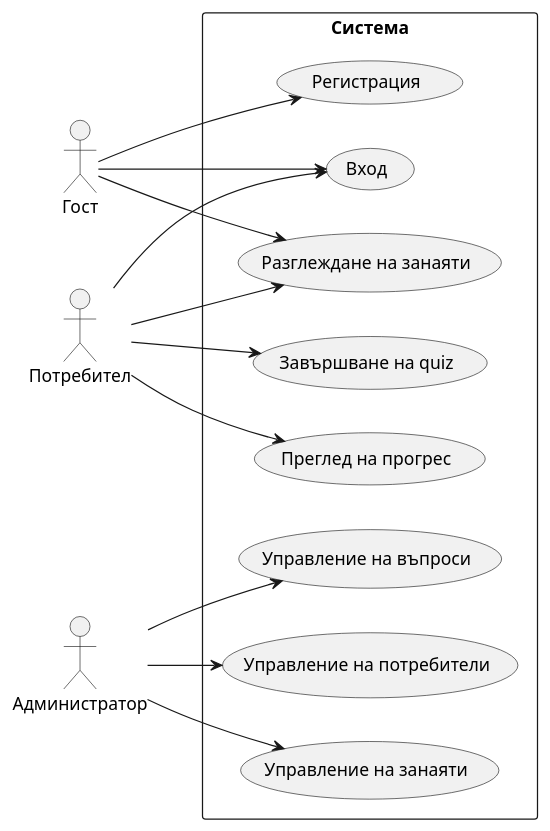
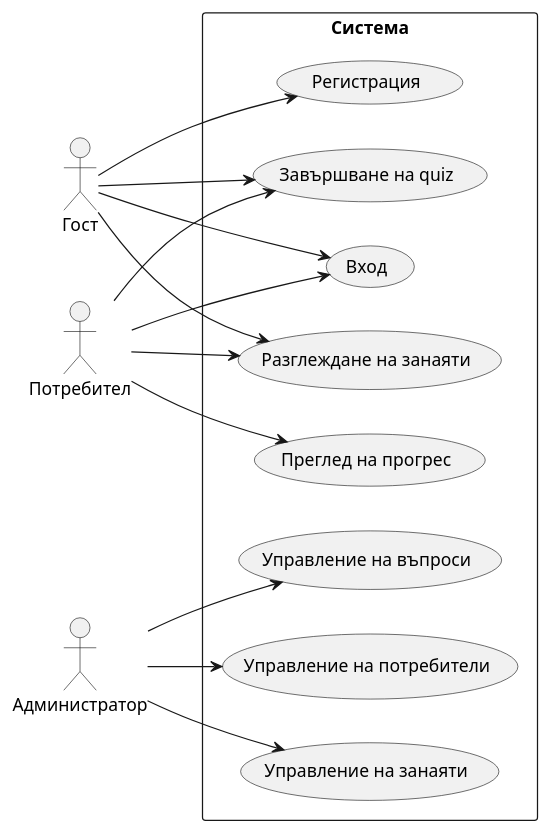
Before and after one commit to VelizaraSotirova/Zanaiti_MobileProgramming_Project_2026: the diagram in zanaiti-api/src/main/java/bg/zanaiti/zanaiti_api/diagrams/useCaseDiagrams/roles_use_case_diagram.puml, drawn with PlantUML. The commit also changed 3 other files, not shown here.

```diff
--- a/zanaiti-api/src/main/java/bg/zanaiti/zanaiti_api/diagrams/useCaseDiagrams/roles_use_case_diagram.puml
+++ b/zanaiti-api/src/main/java/bg/zanaiti/zanaiti_api/diagrams/useCaseDiagrams/roles_use_case_diagram.puml
@@ -1,31 +1,32 @@
 @startuml
 left to right direction
 
 actor "Гост" as Guest
 actor "Потребител" as User
 actor "Администратор" as Admin
 
 rectangle "Система" {
   usecase "Регистрация" as UC1
   usecase "Вход" as UC2
   usecase "Разглеждане на занаяти" as UC3
   usecase "Завършване на quiz" as UC4
   usecase "Преглед на прогрес" as UC5
   usecase "Управление на занаяти" as UC6
   usecase "Управление на въпроси" as UC7
   usecase "Управление на потребители" as UC8
 }
 
 Guest --> UC1
 Guest --> UC2
 Guest --> UC3
+Guest --> UC4
 
 User --> UC2
 User --> UC3
 User --> UC4
 User --> UC5
 
 Admin --> UC6
 Admin --> UC7
 Admin --> UC8
 @enduml
```
